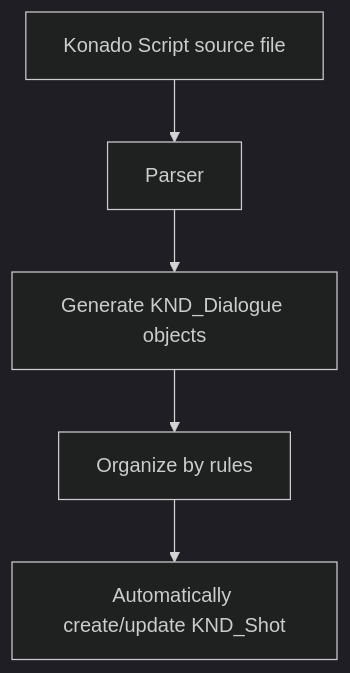
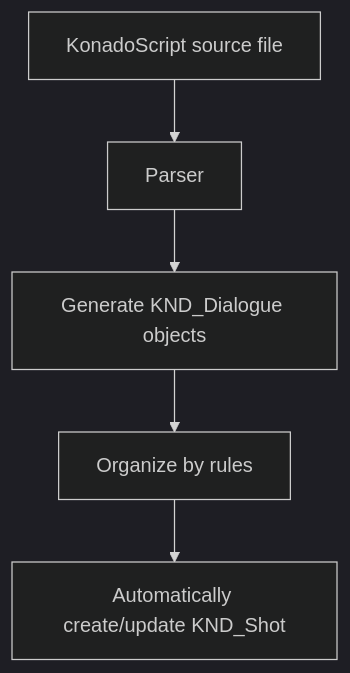
One commit to DSOE1024/konado changed the diagram in docs/en/2.4/tutorial/core/shot-and-dialogue.md. Above: the diagram before and after it, drawn with Mermaid (dark theme). The commit also changed other lines of this file and 49 other files, not shown here.

````diff
--- a/docs/en/2.4/tutorial/core/shot-and-dialogue.md
+++ b/docs/en/2.4/tutorial/core/shot-and-dialogue.md
@@ -32,8 +32,8 @@
 ```mermaid
 graph TD
-    A["Konado Script source file"] --> B["Parser"]
+    A["KonadoScript source file"] --> B["Parser"]
     B --> C["Generate KND_Dialogue objects"]
     C --> D["Organize by rules"]
     D --> E["Automatically create/update KND_Shot"]
 
 ```
````
